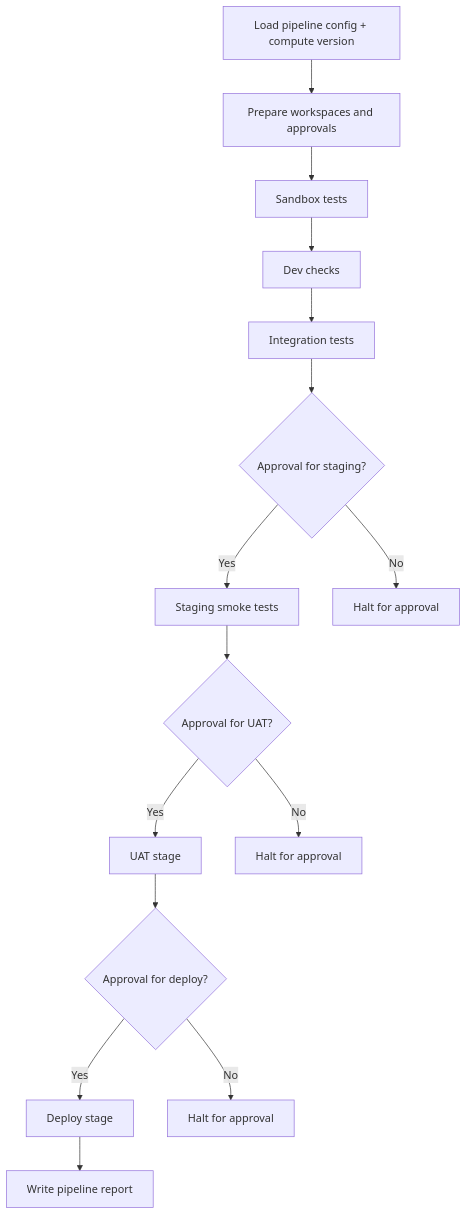
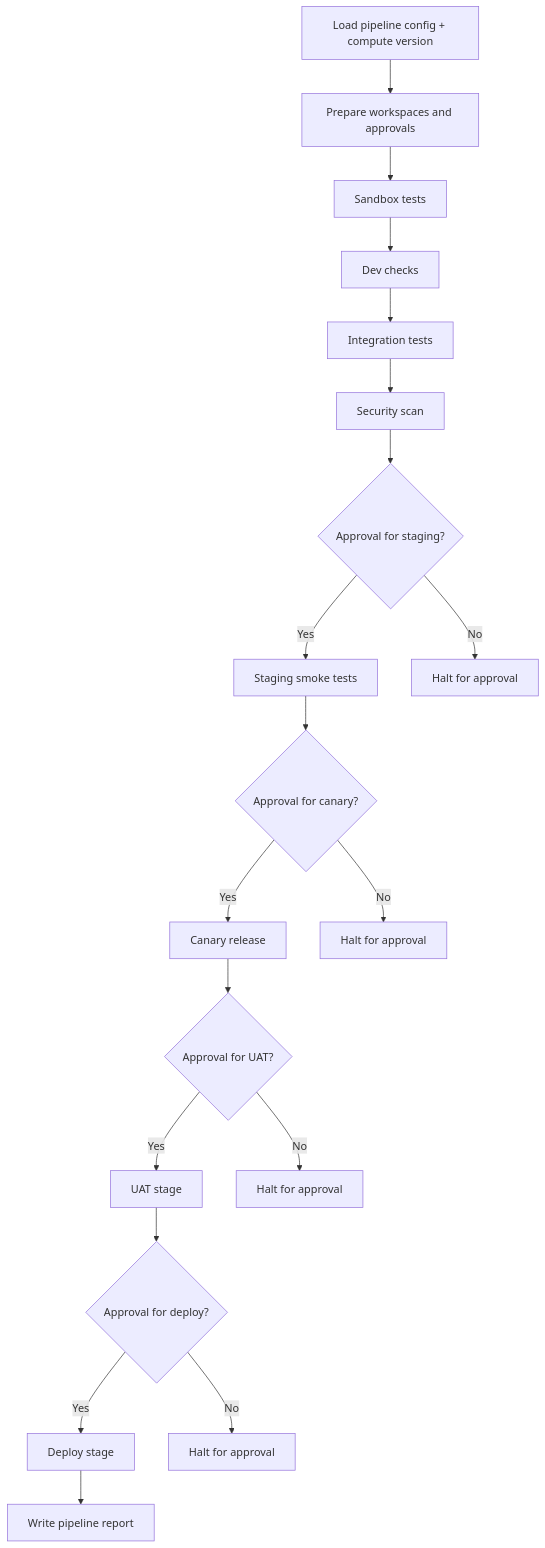
Before and after one commit to neuralmimicry/rag_demo: the sixth of 7 diagrams in README.md, drawn with Mermaid. The commit also changed other lines of this file and 20 other files, not shown here.

````diff
--- a/README.md
+++ b/README.md
@@ -207,17 +289,21 @@
 ```mermaid
 flowchart TD
     A[Load pipeline config + compute version] --> B[Prepare workspaces and approvals]
     B --> C[Sandbox tests]
     C --> D[Dev checks]
     D --> E[Integration tests]
-    E --> F{Approval for staging?}
-    F -- Yes --> G[Staging smoke tests]
-    F -- No --> H[Halt for approval]
-    G --> I{Approval for UAT?}
-    I -- Yes --> J[UAT stage]
-    I -- No --> K[Halt for approval]
-    J --> L{Approval for deploy?}
-    L -- Yes --> M[Deploy stage]
-    L -- No --> N[Halt for approval]
-    M --> O[Write pipeline report]
+    E --> F[Security scan]
+    F --> G{Approval for staging?}
+    G -- Yes --> H[Staging smoke tests]
+    G -- No --> I[Halt for approval]
+    H --> J{Approval for canary?}
+    J -- Yes --> K[Canary release]
+    J -- No --> L[Halt for approval]
+    K --> M{Approval for UAT?}
+    M -- Yes --> N[UAT stage]
+    M -- No --> O[Halt for approval]
+    N --> P{Approval for deploy?}
+    P -- Yes --> Q[Deploy stage]
+    P -- No --> R[Halt for approval]
+    Q --> S[Write pipeline report]
 ```
````
